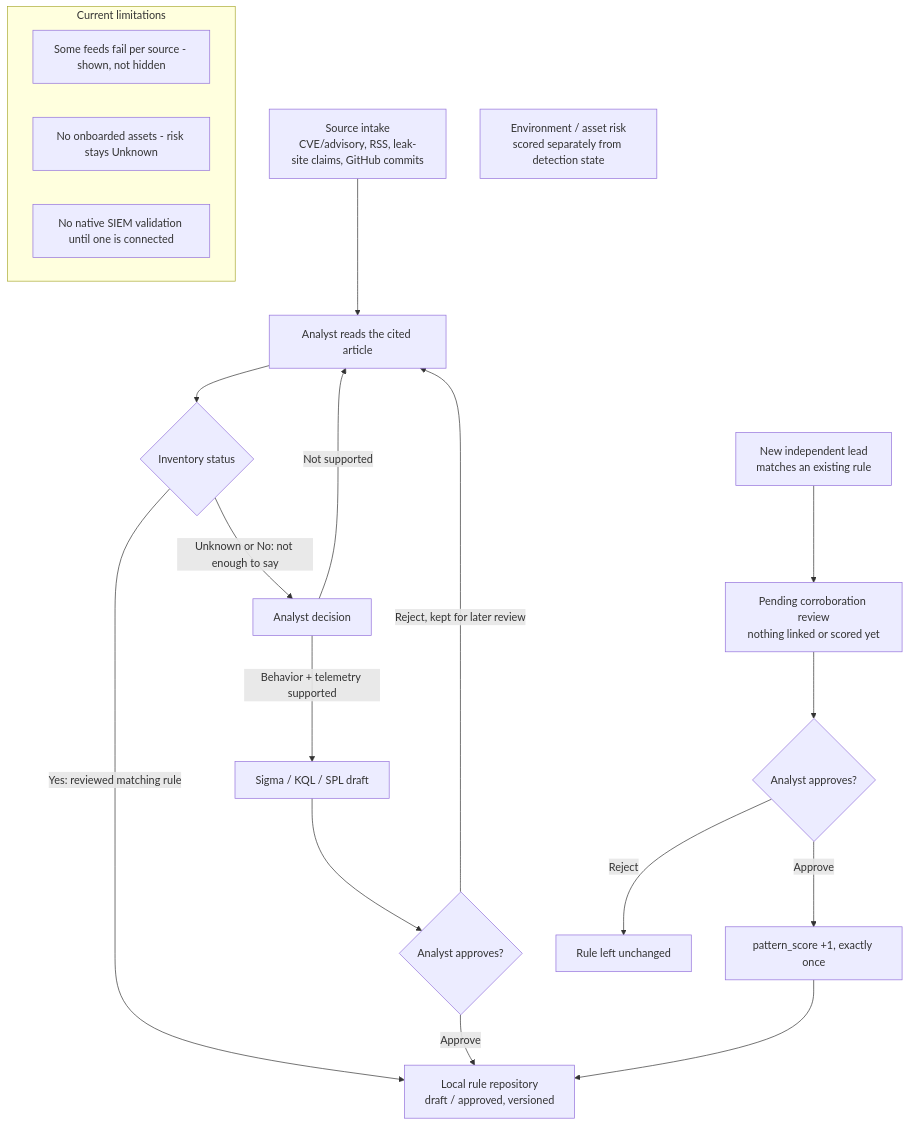
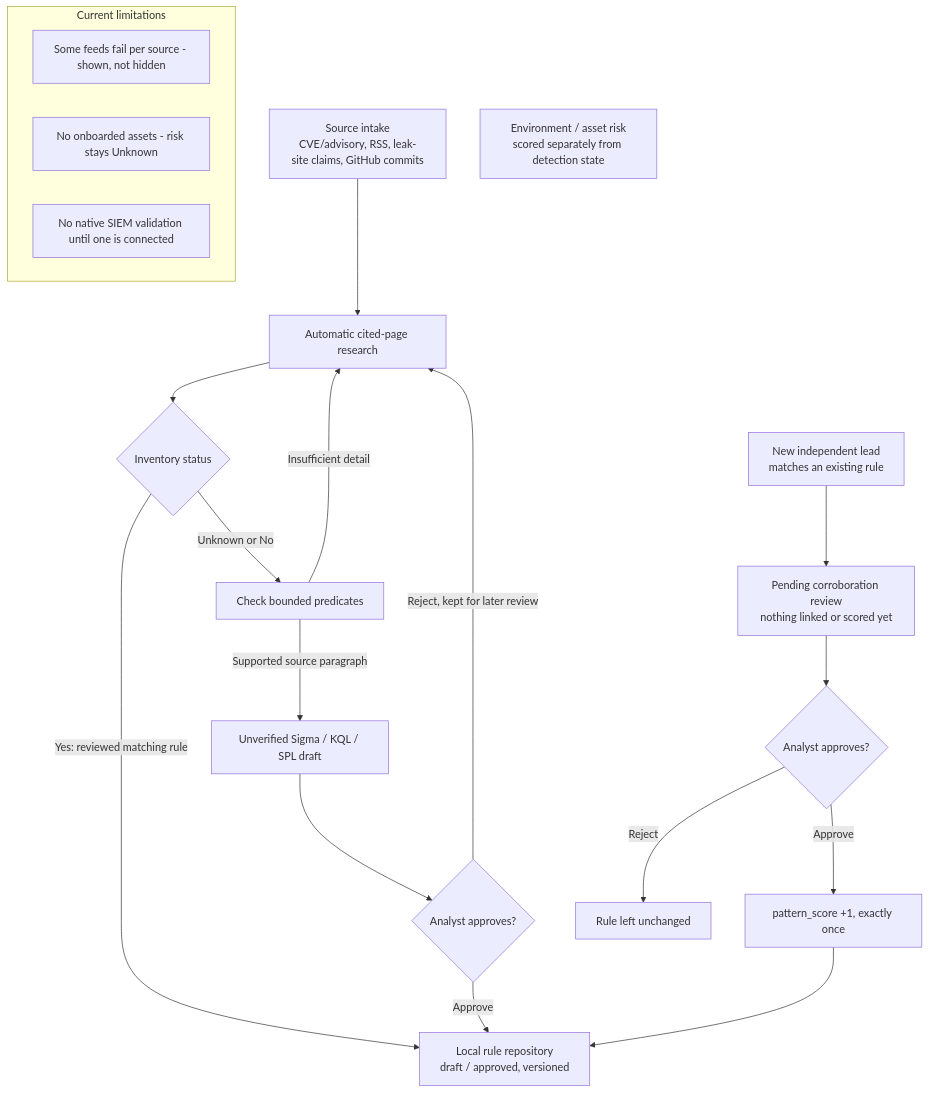
The diagram in README.md (RoshiniMlakshmana/Intel2Detection-MCP), drawn with Mermaid before and after one commit. The commit also changed other lines of this file and 16 other files, not shown here.

Commit message:
Simplify threat intel dashboard and add cited draft proposals

````diff
--- a/README.md
+++ b/README.md
@@ -9,26 +9,26 @@
 ```mermaid
 flowchart TD
-    A[Source intake<br/>CVE/advisory, RSS, leak-site claims, GitHub commits] --> B[Analyst reads the cited article]
+    A[Source intake<br/>CVE/advisory, RSS, leak-site claims, GitHub commits] --> B[Automatic cited-page research]
     B --> C{Inventory status}
     C -->|Yes: reviewed matching rule| G[Local rule repository<br/>draft / approved, versioned]
-    C -->|Unknown or No: not enough to say| D[Analyst decision]
-    D -->|Behavior + telemetry supported| E[Sigma / KQL / SPL draft]
-    D -->|Not supported| B
+    C -->|Unknown or No| D[Check bounded predicates]
+    D -->|Supported source paragraph| E[Unverified Sigma / KQL / SPL draft]
+    D -->|Insufficient detail| B
     E --> F{Analyst approves?}
     F -->|Approve| G
     F -->|Reject, kept for later review| B
 
     H[New independent lead<br/>matches an existing rule] --> I[Pending corroboration review<br/>nothing linked or scored yet]
     I --> J{Analyst approves?}
     J -->|Approve| K[pattern_score +1, exactly once]
     J -->|Reject| L[Rule left unchanged]
     K --> G
 
     R[Environment / asset risk<br/>scored separately from detection state]
 
     subgraph LIMITS[Current limitations]
         N[Some feeds fail per source - shown, not hidden]
         O[No onboarded assets - risk stays Unknown]
         P[No native SIEM validation until one is connected]
     end
 ```
````
